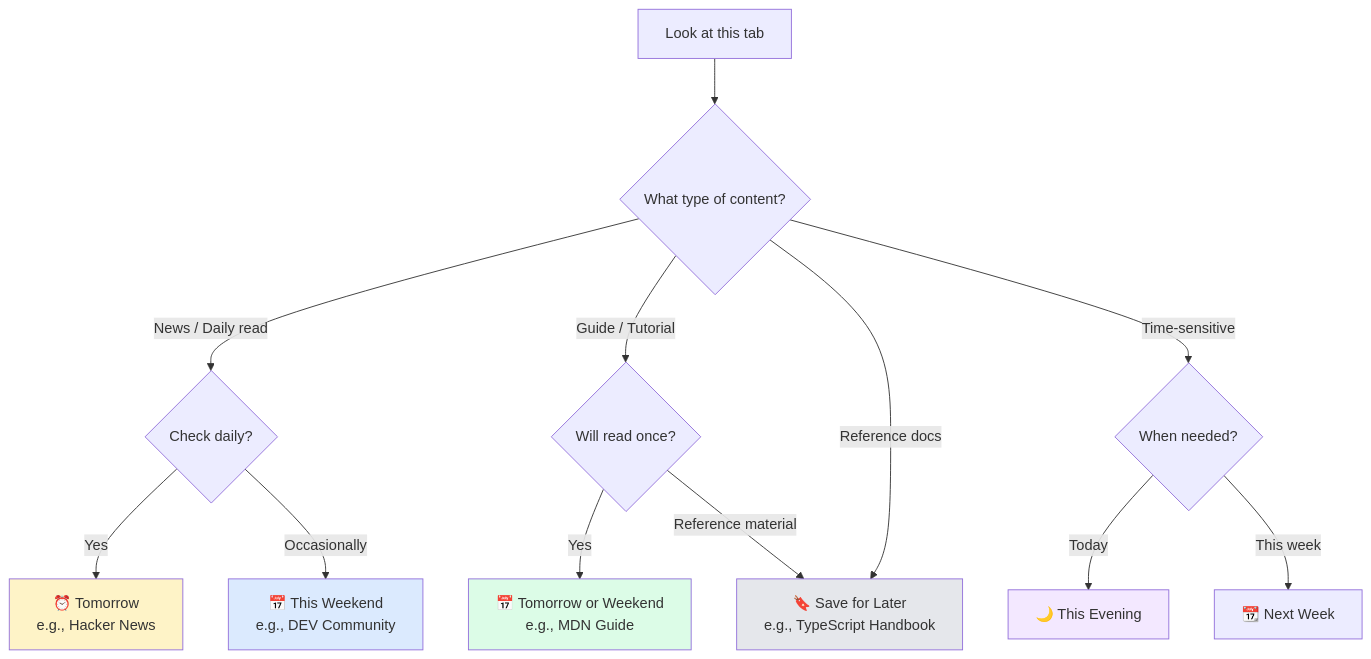
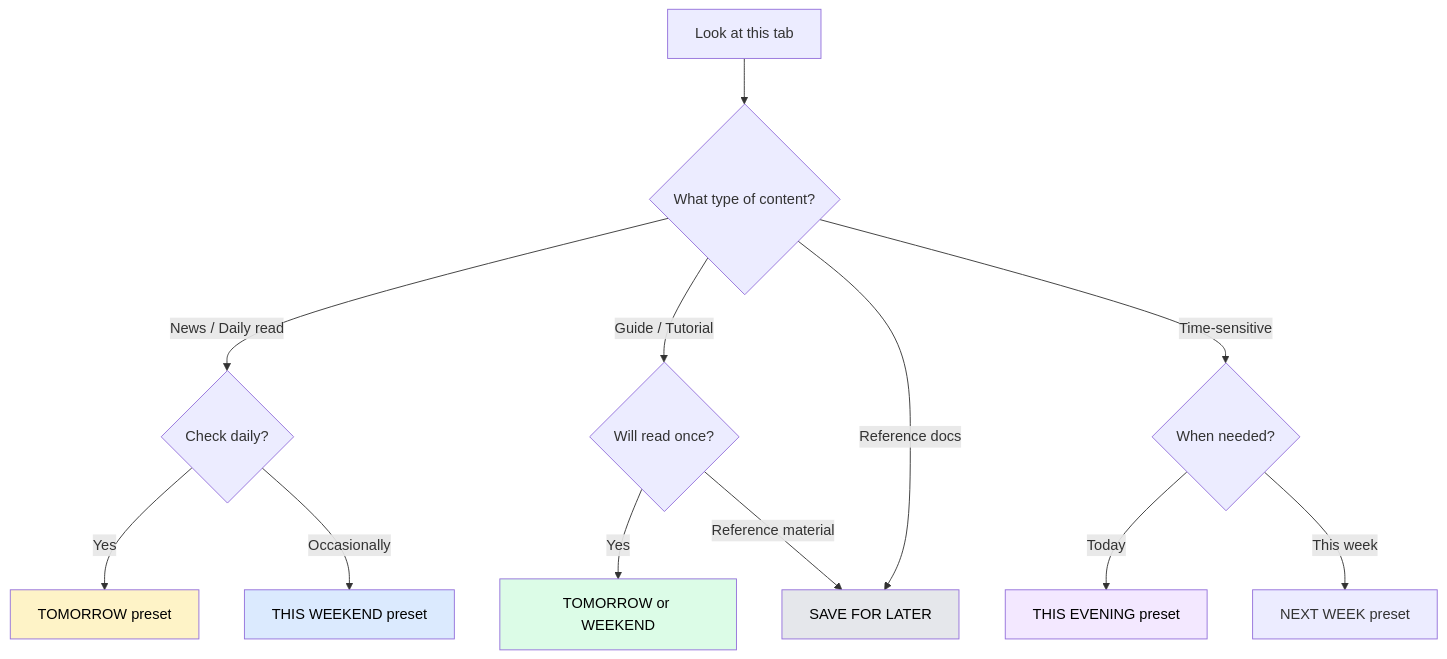
One commit to praveenaki/snoozetabs.github.io changed the second of 2 diagrams in user-guide/use-cases/tab-overwhelm.md. Above: the diagram before and after it, drawn with Mermaid. The commit also changed other lines of this file and 1 other file, not shown here.

Commit message:
fix: Mermaid diagrams render correctly with click-to-zoom
- Fix HTML entity decoding so arrows (-->) parse correctly
- Remove emojis from flowcharts that caused syntax errors
- Simplify decision tree labels (remove <br/> tags)
- Add click-to-zoom modal for all Mermaid diagrams
- Include zoom in/out/reset controls in modal
- Close modal with Escape key or clicking outside

````diff
--- a/user-guide/use-cases/tab-overwhelm.md
+++ b/user-guide/use-cases/tab-overwhelm.md
@@ -105,24 +105,24 @@
 ```mermaid
 flowchart TD
     Q[Look at this tab] --> A{What type of content?}
 
     A -->|News / Daily read| B{Check daily?}
-    B -->|Yes| C[⏰ Tomorrow<br/>e.g., Hacker News]
-    B -->|Occasionally| D[📅 This Weekend<br/>e.g., DEV Community]
+    B -->|Yes| C["TOMORROW preset"]
+    B -->|Occasionally| D["THIS WEEKEND preset"]
 
     A -->|Guide / Tutorial| E{Will read once?}
-    E -->|Yes| F[📅 Tomorrow or Weekend<br/>e.g., MDN Guide]
-    E -->|Reference material| G[🔖 Save for Later<br/>e.g., TypeScript Handbook]
+    E -->|Yes| F["TOMORROW or WEEKEND"]
+    E -->|Reference material| G["SAVE FOR LATER"]
 
     A -->|Reference docs| G
 
     A -->|Time-sensitive| H{When needed?}
-    H -->|Today| I[🌙 This Evening]
-    H -->|This week| J[📆 Next Week]
+    H -->|Today| I["THIS EVENING preset"]
+    H -->|This week| J["NEXT WEEK preset"]
 
-    style C fill:#fef3c7
-    style D fill:#dbeafe
-    style F fill:#dcfce7
-    style G fill:#e5e7eb
-    style I fill:#f3e8ff
+    style C fill:#fef3c7,color:#000
+    style D fill:#dbeafe,color:#000
+    style F fill:#dcfce7,color:#000
+    style G fill:#e5e7eb,color:#000
+    style I fill:#f3e8ff,color:#000
 ```
````
